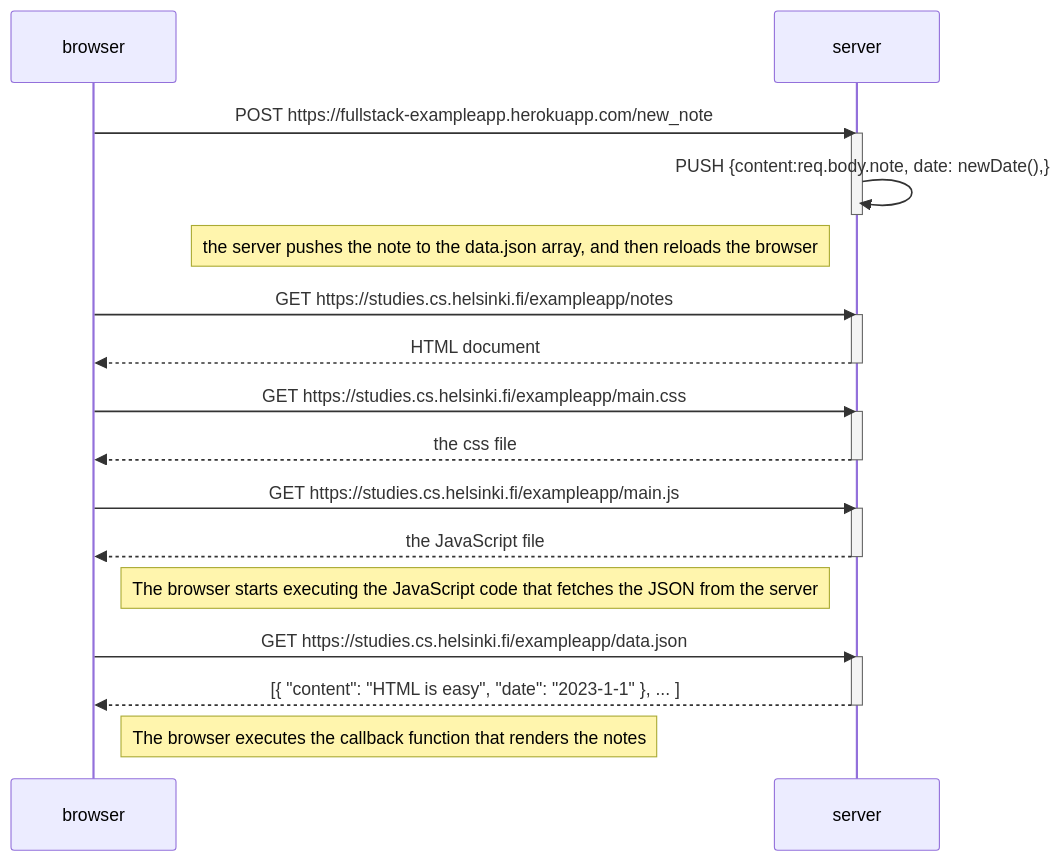
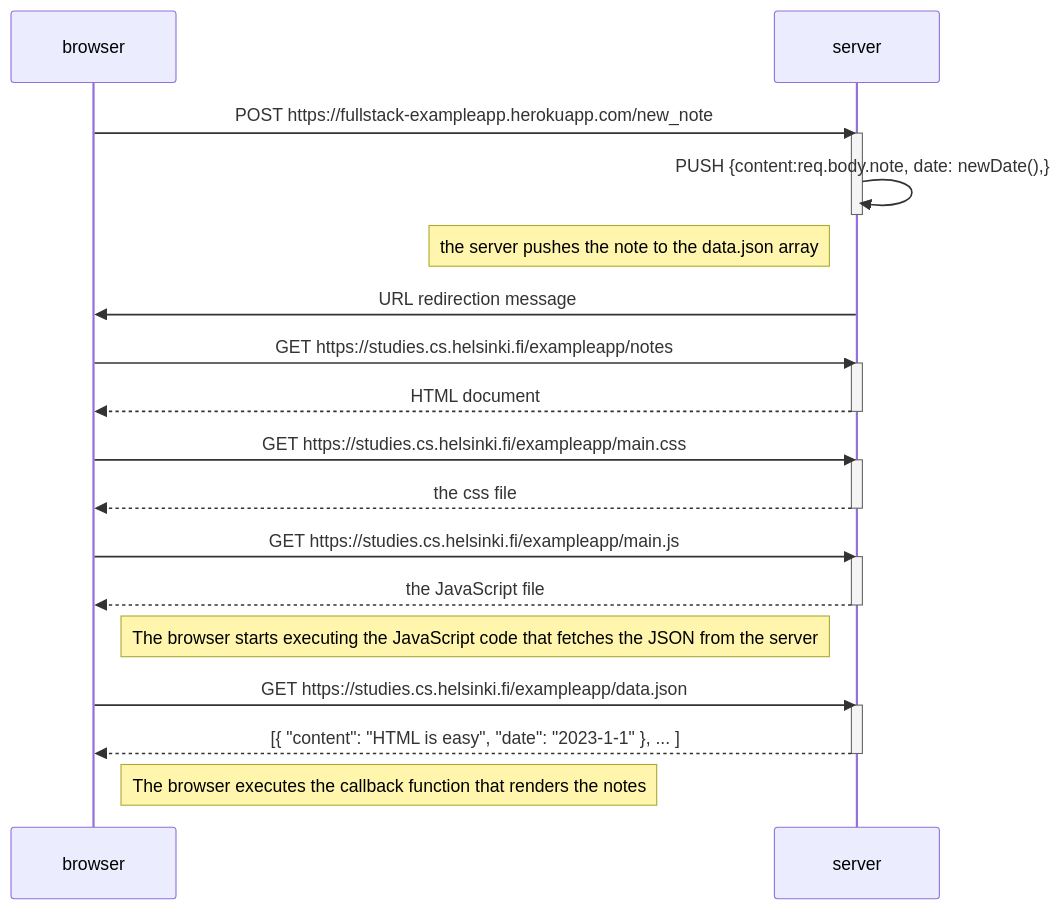
One commit to aaronw122/mermaid2 changed the diagram in README.md. Above: the diagram before and after it, drawn with Mermaid.

````diff
--- a/README.md
+++ b/README.md
@@ -3,38 +3,40 @@
 ```mermaid
 
 sequenceDiagram
     participant browser
     participant server
 
     browser->>server: POST https://fullstack-exampleapp.herokuapp.com/new_note
     activate server
     server->>server: PUSH {content:req.body.note, date: newDate(),}
     deactivate server
 
-    note left of server: the server pushes the note to the data.json array, and then reloads the browser
+    note left of server: the server pushes the note to the data.json array
+
+    server->>browser: URL redirection message
 
     browser->>server: GET https://studies.cs.helsinki.fi/exampleapp/notes
     activate server
     server-->>browser: HTML document
     deactivate server
 
     browser->>server: GET https://studies.cs.helsinki.fi/exampleapp/main.css
     activate server
     server-->>browser: the css file
     deactivate server
 
     browser->>server: GET https://studies.cs.helsinki.fi/exampleapp/main.js
     activate server
     server-->>browser: the JavaScript file
     deactivate server
 
     Note right of browser: The browser starts executing the JavaScript code that fetches the JSON from the server
 
     browser->>server: GET https://studies.cs.helsinki.fi/exampleapp/data.json
     activate server
     server-->>browser: [{ "content": "HTML is easy", "date": "2023-1-1" }, ... ]
     deactivate server
 
     Note right of browser: The browser executes the callback function that renders the notes
 
 ```
````
